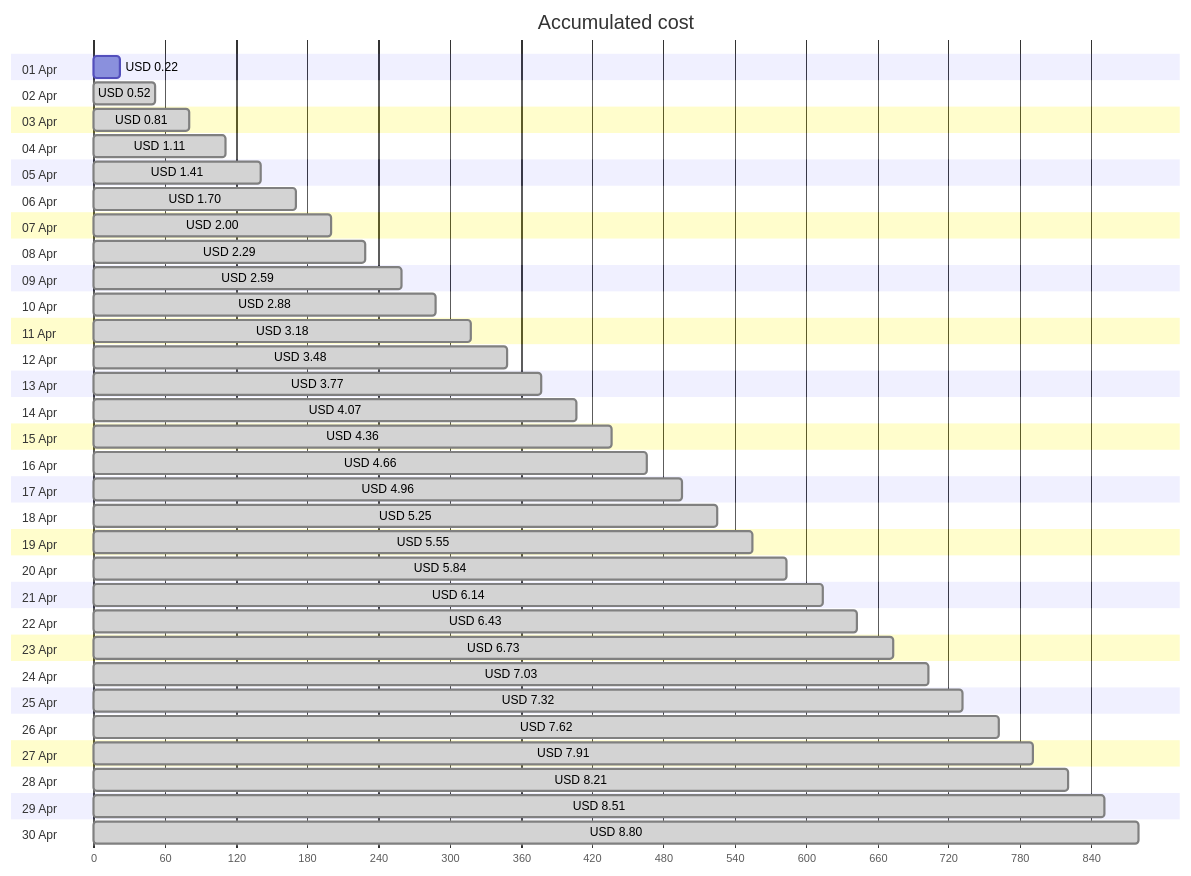
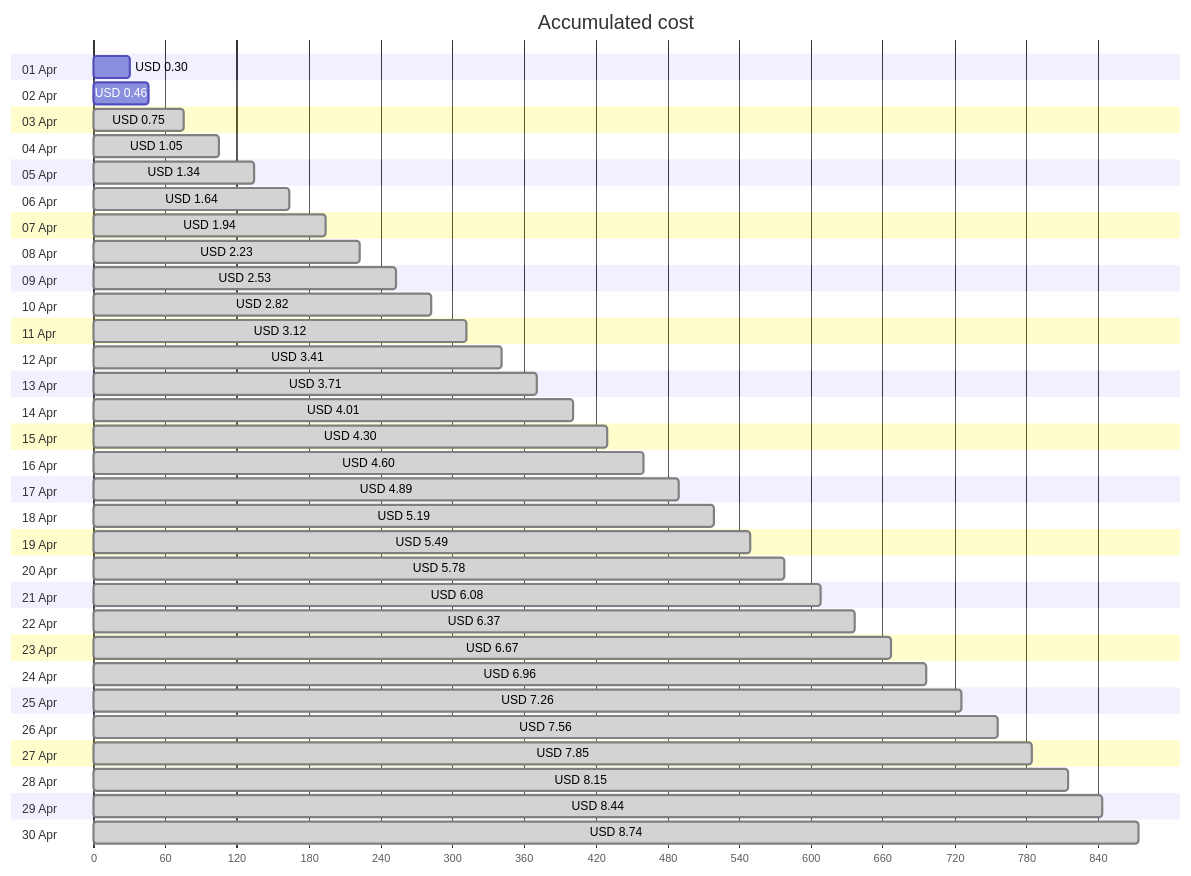
The first of 4 diagrams in cost-reports/personal-site/personal-site.md (jpfulton/azure-personal-reports), drawn with Mermaid before and after one commit. The commit also changed other lines of this file and 6 other files, not shown here.

````diff
--- a/cost-reports/personal-site/personal-site.md
+++ b/cost-reports/personal-site/personal-site.md
@@ -20,66 +20,66 @@
 ```mermaid
 gantt
    title Accumulated cost
    dateFormat  X
    axisFormat %s
    section 01 Apr
-   USD 0.22 :0, 22
+   USD 0.30 :0, 30
    section 02 Apr
-   USD 0.52 : done, 0, 52
+   USD 0.46 :0, 46
    section 03 Apr
-   USD 0.81 : done, 0, 81
+   USD 0.75 : done, 0, 75
    section 04 Apr
-   USD 1.11 : done, 0, 111
+   USD 1.05 : done, 0, 105
    section 05 Apr
-   USD 1.41 : done, 0, 141
+   USD 1.34 : done, 0, 134
    section 06 Apr
-   USD 1.70 : done, 0, 170
+   USD 1.64 : done, 0, 164
    section 07 Apr
-   USD 2.00 : done, 0, 200
+   USD 1.94 : done, 0, 194
    section 08 Apr
-   USD 2.29 : done, 0, 229
+   USD 2.23 : done, 0, 223
    section 09 Apr
-   USD 2.59 : done, 0, 259
+   USD 2.53 : done, 0, 253
    section 10 Apr
-   USD 2.88 : done, 0, 288
+   USD 2.82 : done, 0, 282
    section 11 Apr
-   USD 3.18 : done, 0, 318
+   USD 3.12 : done, 0, 312
    section 12 Apr
-   USD 3.48 : done, 0, 348
+   USD 3.41 : done, 0, 341
    section 13 Apr
-   USD 3.77 : done, 0, 377
+   USD 3.71 : done, 0, 371
    section 14 Apr
-   USD 4.07 : done, 0, 407
+   USD 4.01 : done, 0, 401
    section 15 Apr
-   USD 4.36 : done, 0, 436
+   USD 4.30 : done, 0, 430
    section 16 Apr
-   USD 4.66 : done, 0, 466
+   USD 4.60 : done, 0, 460
    section 17 Apr
-   USD 4.96 : done, 0, 496
+   USD 4.89 : done, 0, 489
    section 18 Apr
-   USD 5.25 : done, 0, 525
+   USD 5.19 : done, 0, 519
    section 19 Apr
-   USD 5.55 : done, 0, 555
+   USD 5.49 : done, 0, 549
    section 20 Apr
-   USD 5.84 : done, 0, 584
+   USD 5.78 : done, 0, 578
    section 21 Apr
-   USD 6.14 : done, 0, 614
+   USD 6.08 : done, 0, 608
    section 22 Apr
-   USD 6.43 : done, 0, 643
+   USD 6.37 : done, 0, 637
    section 23 Apr
-   USD 6.73 : done, 0, 673
+   USD 6.67 : done, 0, 667
    section 24 Apr
-   USD 7.03 : done, 0, 703
+   USD 6.96 : done, 0, 696
    section 25 Apr
-   USD 7.32 : done, 0, 732
+   USD 7.26 : done, 0, 726
    section 26 Apr
-   USD 7.62 : done, 0, 762
+   USD 7.56 : done, 0, 756
    section 27 Apr
-   USD 7.91 : done, 0, 791
+   USD 7.85 : done, 0, 785
    section 28 Apr
-   USD 8.21 : done, 0, 821
+   USD 8.15 : done, 0, 815
    section 29 Apr
-   USD 8.51 : done, 0, 851
+   USD 8.44 : done, 0, 844
    section 30 Apr
-   USD 8.80 : done, 0, 880
+   USD 8.74 : done, 0, 874
 ```
````
